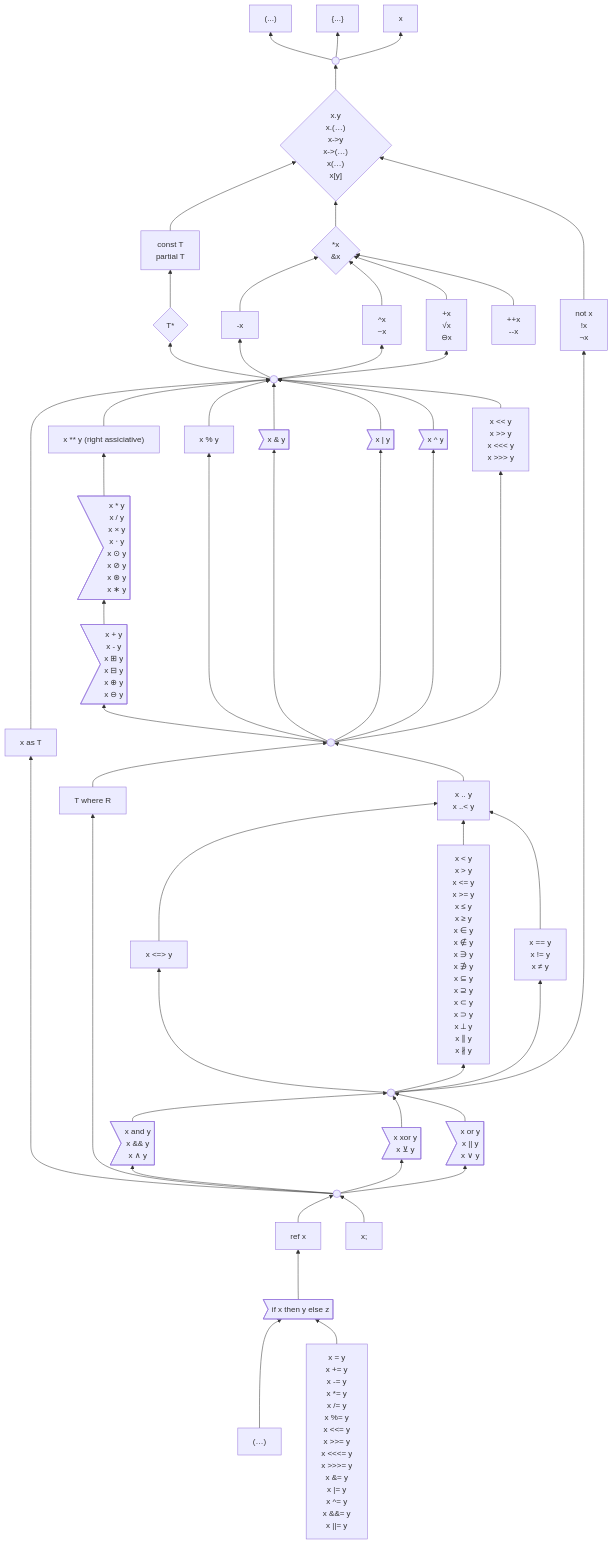
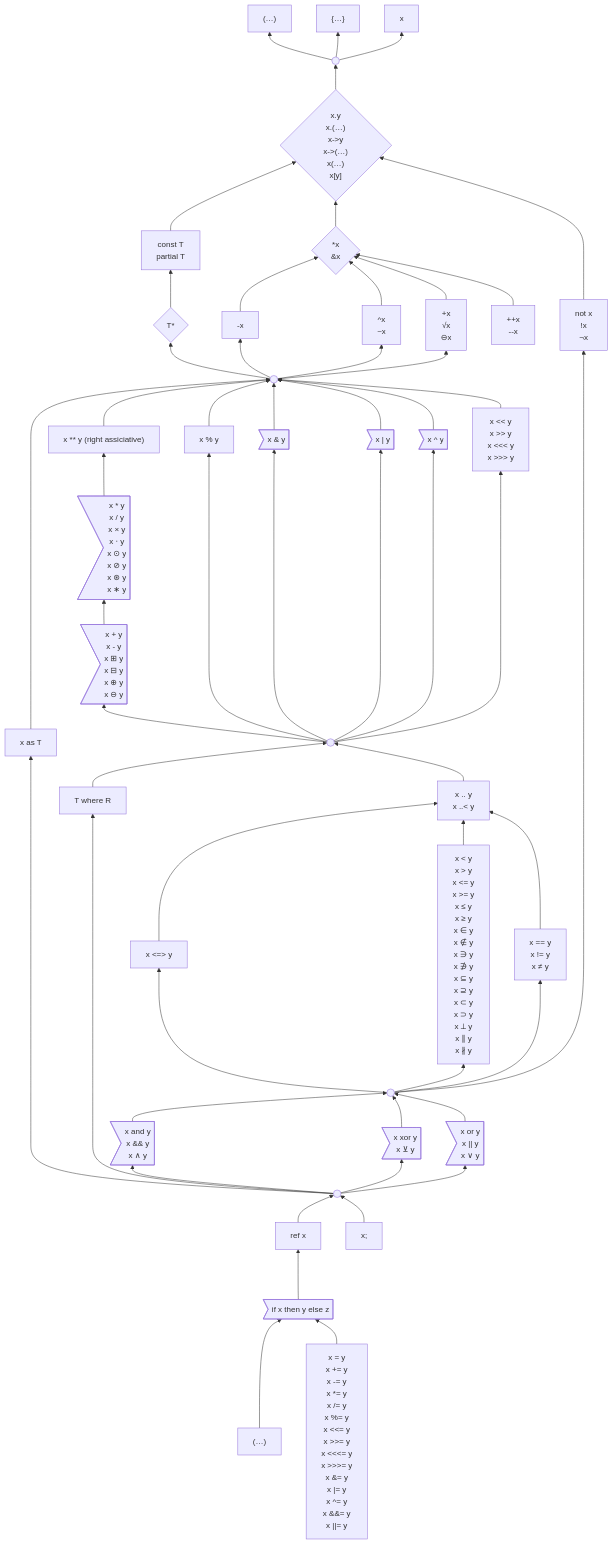
The diagram in 6 .../2 Unfinished Ideas.md (laro/Cilia), drawn with Mermaid before and after one commit.

Commit message:
Update 2 Unfinished Ideas.md

````diff
--- a/6 .../2 Unfinished Ideas.md
+++ b/6 .../2 Unfinished Ideas.md
@@ -149,9 +149,9 @@
 ```mermaid
 %%{init: {'themeVariables': {'fontFamily': 'monospace'}}}%%
 graph BT
-    parens["(...)"]
+    parens["(…)"]
 
-    braces["{...}"]
+    braces["{…}"]
     click braces "https://github.com/carbon-language/carbon-lang/blob/trunk/docs/design/classes.md#literals"
 
     unqualifiedName["x"]
````
